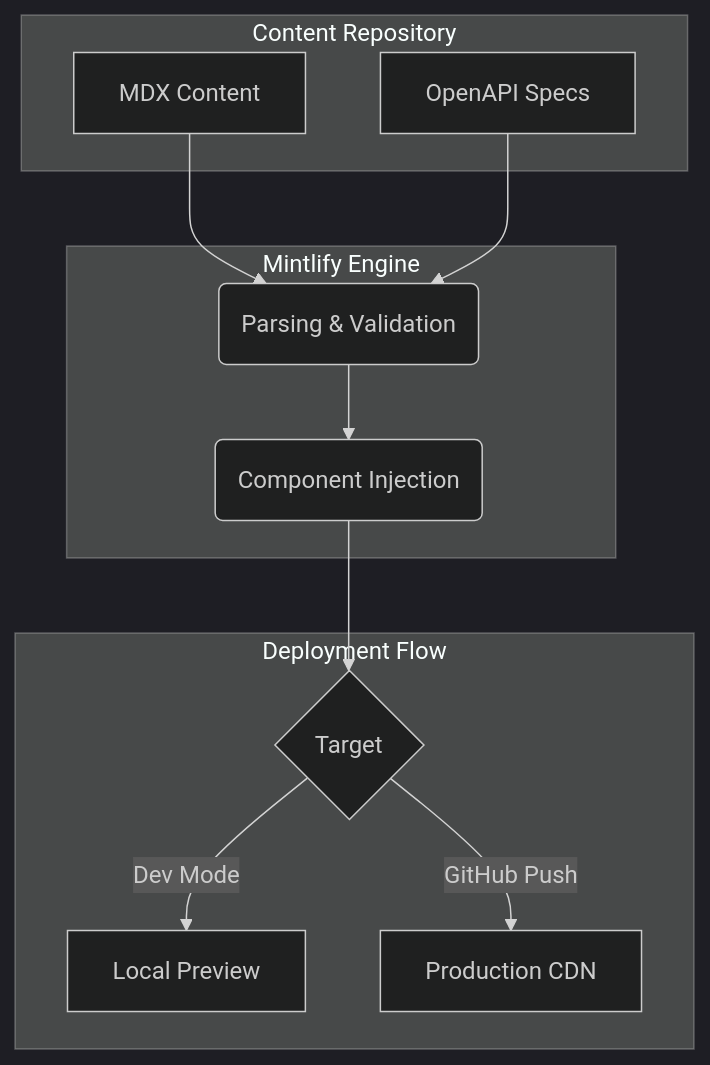
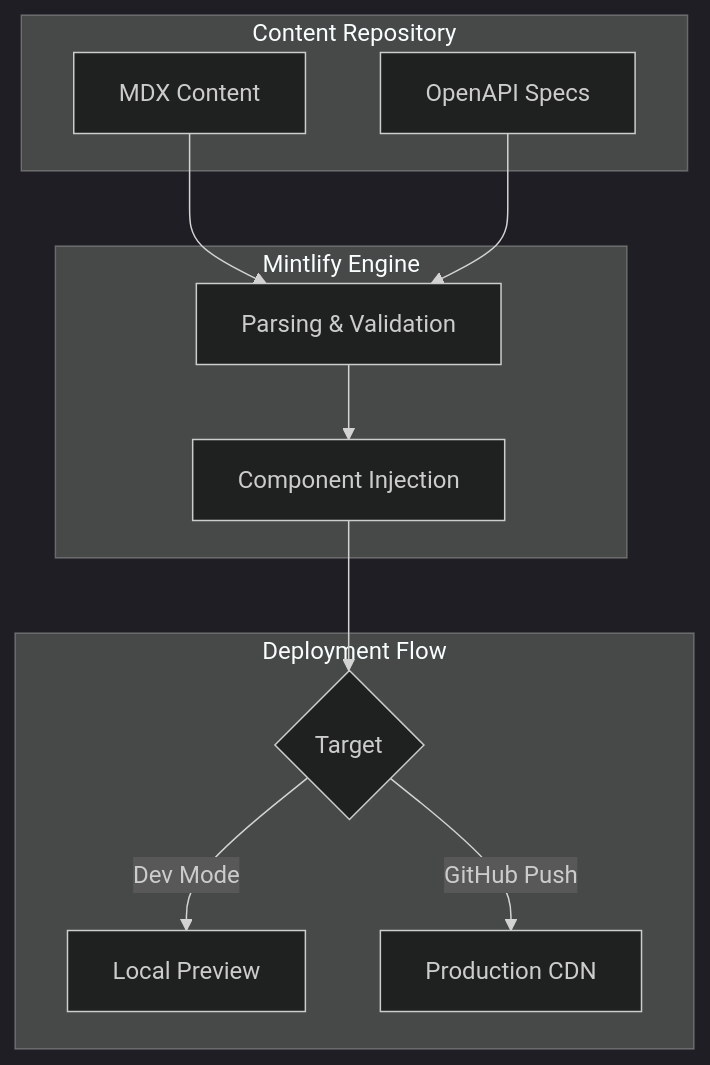
One commit to resq-software/docs changed the diagram in README.md. Above: the diagram before and after it, drawn with Mermaid (dark theme). The commit also changed other lines of this file, not shown here.

Commit message:
docs: update README with AI-generated content

````diff
--- a/README.md
+++ b/README.md
@@ -24,25 +24,25 @@
 ```mermaid
 flowchart TD
     subgraph Source["Content Repository"]
-        A[MDX Content]
-        B[OpenAPI Specs]
+        A["MDX Content"]
+        B["OpenAPI Specs"]
     end
 
     subgraph Processing["Mintlify Engine"]
-        C(Parsing & Validation)
-        D(Component Injection)
+        C["Parsing & Validation"]
+        D["Component Injection"]
     end
 
     subgraph Output["Deployment Flow"]
-        E{Target}
-        F[Local Preview]
-        G[Production CDN]
+        E{"Target"}
+        F["Local Preview"]
+        G["Production CDN"]
     end
 
     A --> C
     B --> C
     C --> D
     D --> E
     E -->|Dev Mode| F
     E -->|GitHub Push| G
 ```
````
